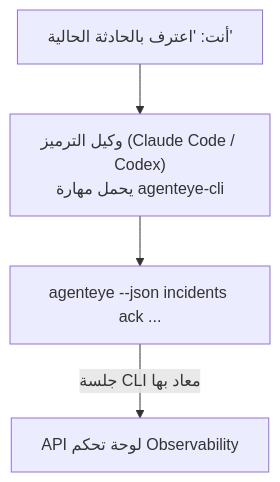
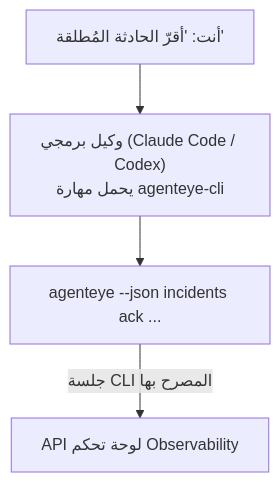
The diagram in docs/ar/agenteye/cli-skill.mdx (FailproofAI/failproofai), drawn with Mermaid before and after one commit. The commit also changed other lines of this file and 654 other files, not shown here.

````diff
--- a/docs/ar/agenteye/cli-skill.mdx
+++ b/docs/ar/agenteye/cli-skill.mdx
@@ -28,6 +29,6 @@
 ```mermaid
 flowchart TD
-    YOU["أنت: 'اعترف بالحادثة الحالية'"] --> AGENT["وكيل الترميز (Claude Code / Codex)<br/>يحمل مهارة agenteye-cli"]
+    YOU["أنت: 'أقرّ الحادثة المُطلقة'"] --> AGENT["وكيل برمجي (Claude Code / Codex)<br/>يحمل مهارة agenteye-cli"]
     AGENT --> CLI["agenteye --json incidents ack ..."]
-    CLI -->|جلسة CLI معاد بها| API["API لوحة تحكم Observability"]
+    CLI -->|جلسة CLI المصرح بها| API["API لوحة تحكم Observability"]
 ```
````
